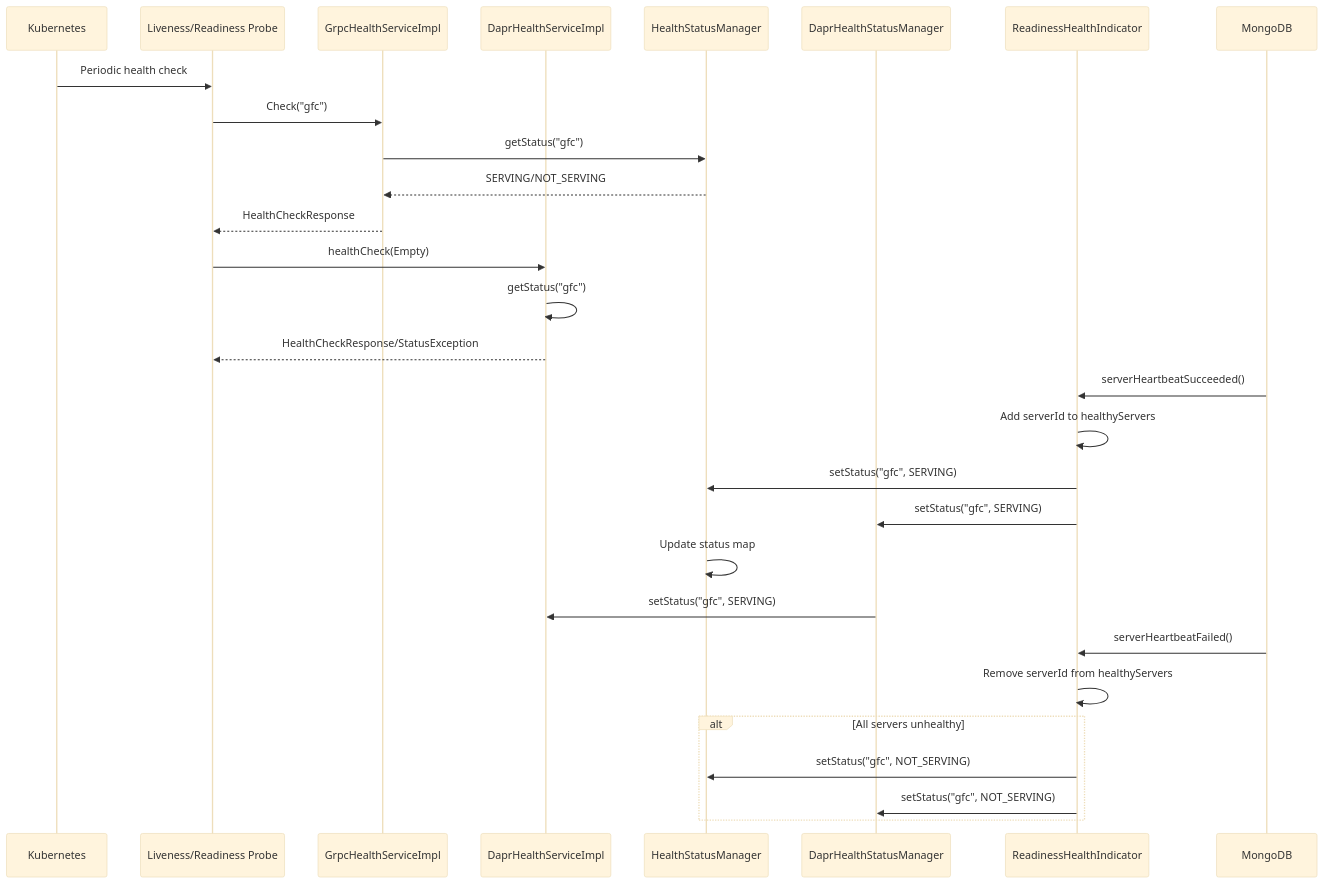
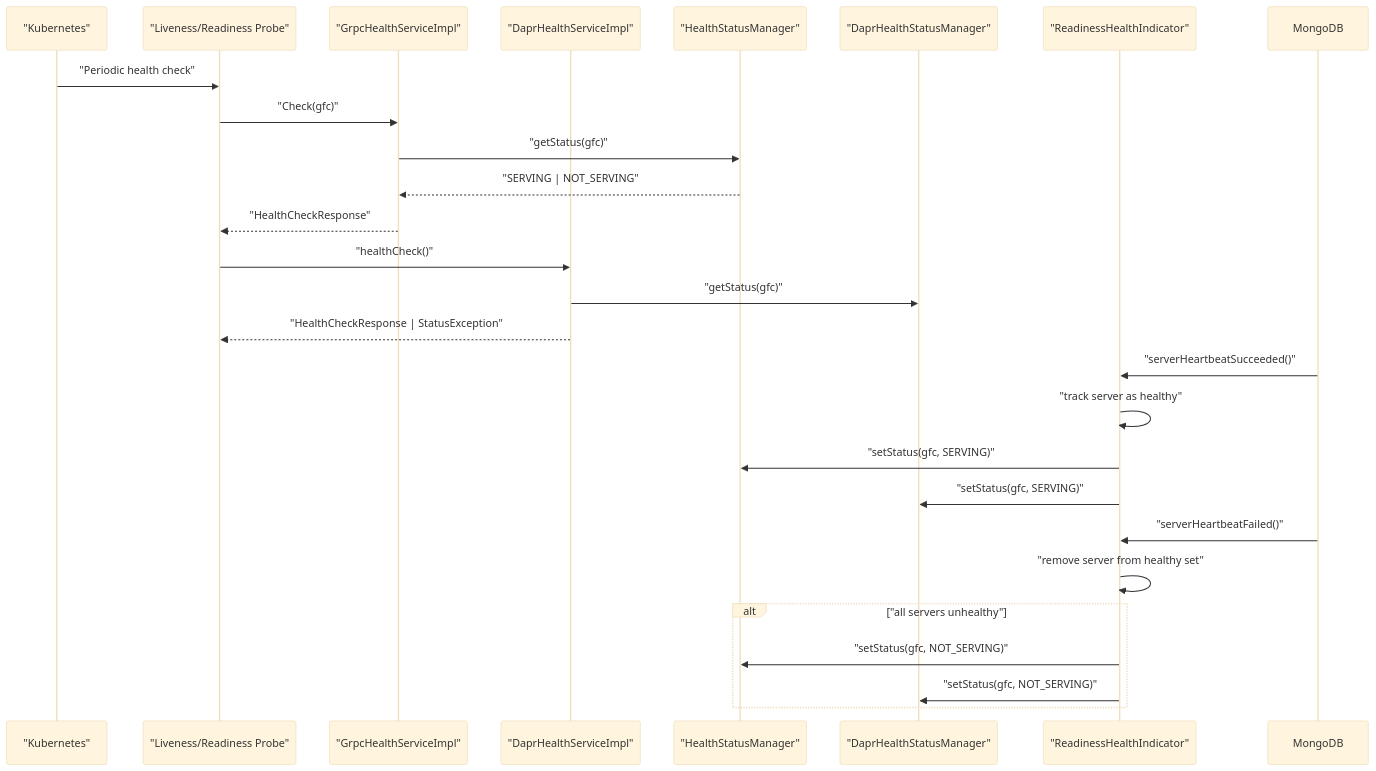
The diagram in app/refine/Observability.md (sbhrwl/microservices), drawn with Mermaid (base theme) before and after one commit.

````diff
--- a/app/refine/Observability.md
+++ b/app/refine/Observability.md
@@ -90,31 +90,38 @@
 ```mermaid
 sequenceDiagram
-    participant K8S as Kubernetes
-    participant Probe as Liveness/Readiness Probe
-    participant GH as GrpcHealthServiceImpl
-    participant DH as DaprHealthServiceImpl
-    participant HSM as HealthStatusManager
-    participant DHSM as DaprHealthStatusManager
-    participant RHI as ReadinessHealthIndicator
+    participant K8S as "Kubernetes"
+    participant Probe as "Liveness/Readiness Probe"
+    participant GH as "GrpcHealthServiceImpl"
+    participant DH as "DaprHealthServiceImpl"
+    participant HSM as "HealthStatusManager"
+    participant DHSM as "DaprHealthStatusManager"
+    participant RHI as "ReadinessHealthIndicator"
     participant MongoDB
-    K8S->>Probe: Periodic health check
-    Probe->>GH: Check("gfc")
-    GH->>HSM: getStatus("gfc")
-    HSM-->>GH: SERVING/NOT_SERVING
-    GH-->>Probe: HealthCheckResponse
-    Probe->>DH: healthCheck(Empty)
-    DH->>DH: getStatus("gfc")
-    DH-->>Probe: HealthCheckResponse/StatusException
-    MongoDB->>RHI: serverHeartbeatSucceeded()
-    RHI->>RHI: Add serverId to healthyServers
-    RHI->>HSM: setStatus("gfc", SERVING)
-    RHI->>DHSM: setStatus("gfc", SERVING)
-    HSM->>HSM: Update status map
-    DHSM->>DH: setStatus("gfc", SERVING)
-    MongoDB->>RHI: serverHeartbeatFailed()
-    RHI->>RHI: Remove serverId from healthyServers
-    alt All servers unhealthy
-        RHI->>HSM: setStatus("gfc", NOT_SERVING)
-        RHI->>DHSM: setStatus("gfc", NOT_SERVING)
+
+    %% ---- Kubernetes probe flow ----
+    K8S->>Probe: "Periodic health check"
+
+    Probe->>GH: "Check(gfc)"
+    GH->>HSM: "getStatus(gfc)"
+    HSM-->>GH: "SERVING | NOT_SERVING"
+    GH-->>Probe: "HealthCheckResponse"
+
+    Probe->>DH: "healthCheck()"
+    DH->>DHSM: "getStatus(gfc)"
+    DH-->>Probe: "HealthCheckResponse | StatusException"
+
+    %% ---- MongoDB-driven readiness updates ----
+    MongoDB->>RHI: "serverHeartbeatSucceeded()"
+    RHI->>RHI: "track server as healthy"
+    RHI->>HSM: "setStatus(gfc, SERVING)"
+    RHI->>DHSM: "setStatus(gfc, SERVING)"
+
+    MongoDB->>RHI: "serverHeartbeatFailed()"
+    RHI->>RHI: "remove server from healthy set"
+
+    alt "all servers unhealthy"
+        RHI->>HSM: "setStatus(gfc, NOT_SERVING)"
+        RHI->>DHSM: "setStatus(gfc, NOT_SERVING)"
     end
+
 ```
````
